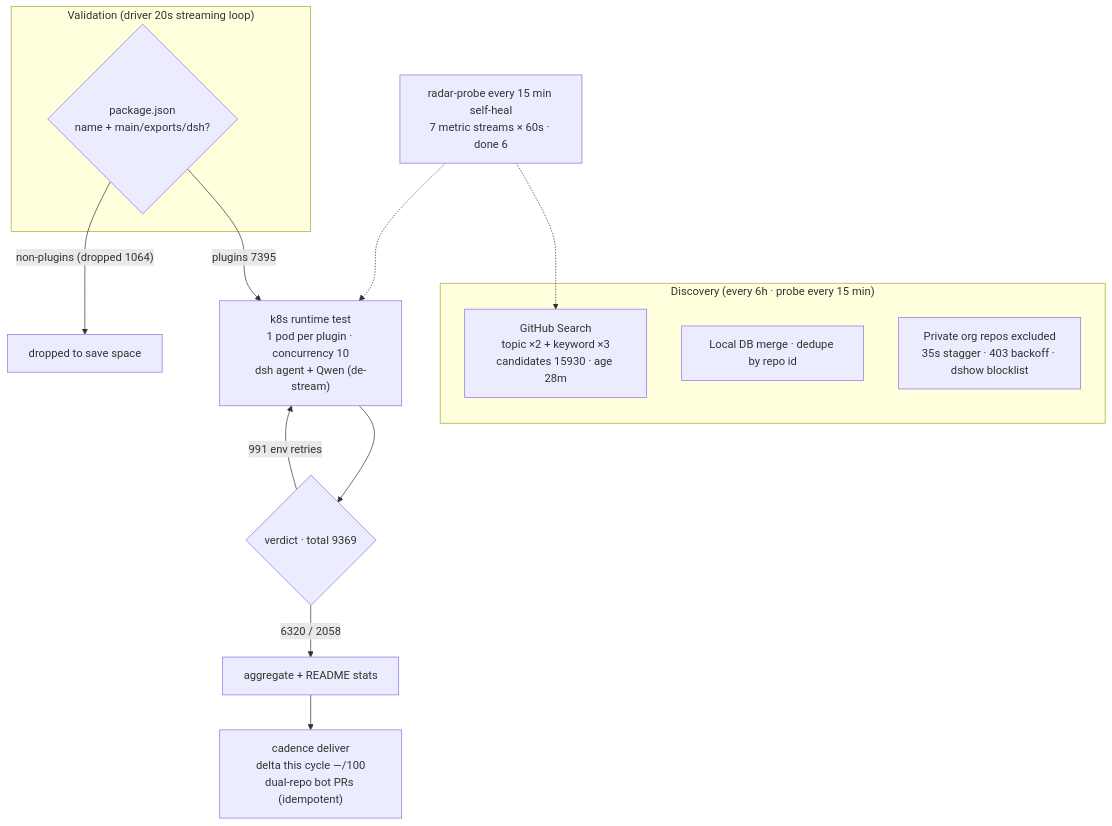
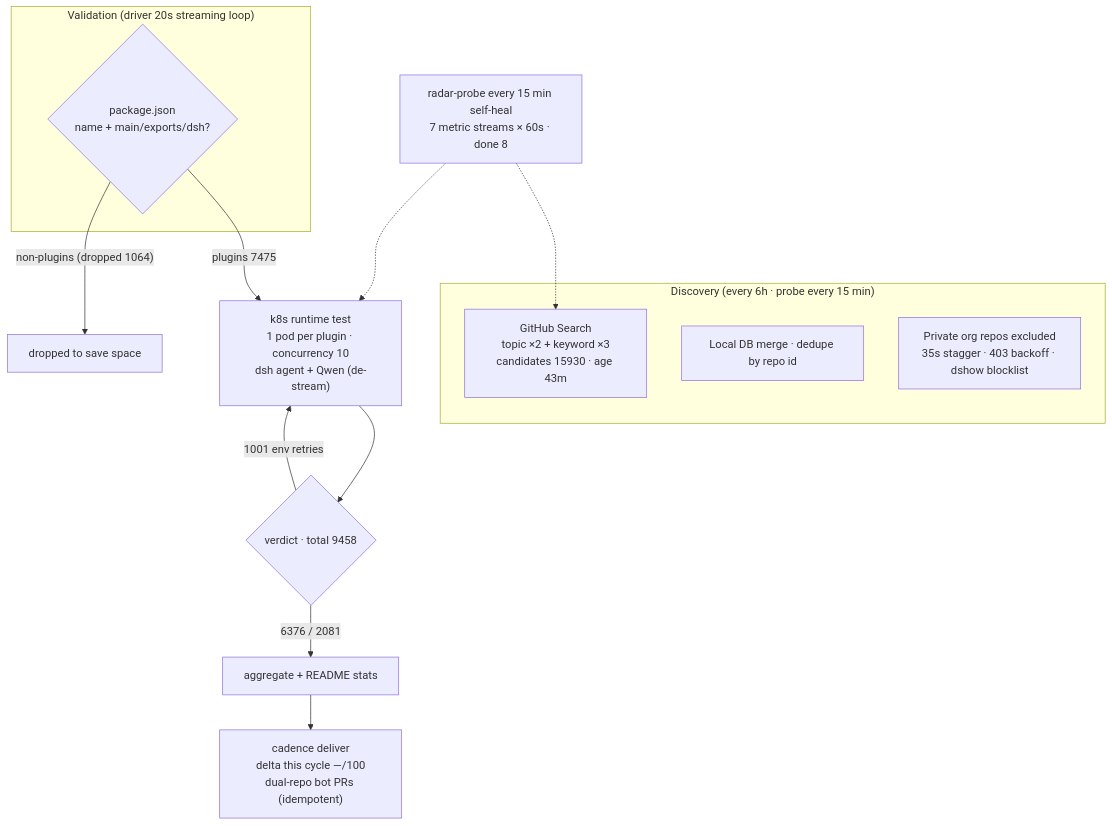
One commit to AdamPlatin123/awesome-dsh-plugins changed the diagram in README.en-US.md. Above: the diagram before and after it, drawn with Mermaid. The commit also changed other lines of this file and 4 other files, not shown here.

````diff
--- a/README.en-US.md
+++ b/README.en-US.md
@@ -30,20 +30,20 @@
 ```mermaid
 flowchart TB
     subgraph Discovery["Discovery (every 6h · probe every 15 min)"]
-        A1["GitHub Search<br/>topic ×2 + keyword ×3<br/>candidates 15930 · age 28m"]
+        A1["GitHub Search<br/>topic ×2 + keyword ×3<br/>candidates 15930 · age 43m"]
         A2["Local DB merge · dedupe by repo id"]
         A3["Private org repos excluded<br/>35s stagger · 403 backoff · dshow blocklist"]
     end
     subgraph Validation["Validation (driver 20s streaming loop)"]
         B1{"package.json<br/>name + main/exports/dsh?"}
     end
-    B1 -->|"plugins 7395"| C1["k8s runtime test<br/>1 pod per plugin · concurrency 10<br/>dsh agent + Qwen (de-stream)"]
+    B1 -->|"plugins 7475"| C1["k8s runtime test<br/>1 pod per plugin · concurrency 10<br/>dsh agent + Qwen (de-stream)"]
     B1 -->|"non-plugins (dropped 1064)"| B3["dropped to save space"]
-    C1 --> D1{"verdict · total 9369"}
-    D1 -->|"6320 / 2058"| E1["aggregate + README stats"]
-    D1 -->|"991 env retries"| C1
+    C1 --> D1{"verdict · total 9458"}
+    D1 -->|"6376 / 2081"| E1["aggregate + README stats"]
+    D1 -->|"1001 env retries"| C1
     E1 --> E2["cadence deliver<br/>delta this cycle —/100<br/>dual-repo bot PRs (idempotent)"]
-    M["radar-probe every 15 min self-heal<br/>7 metric streams × 60s · done 6"]
+    M["radar-probe every 15 min self-heal<br/>7 metric streams × 60s · done 8"]
     M -.-> A1
     M -.-> C1
 ```
````
